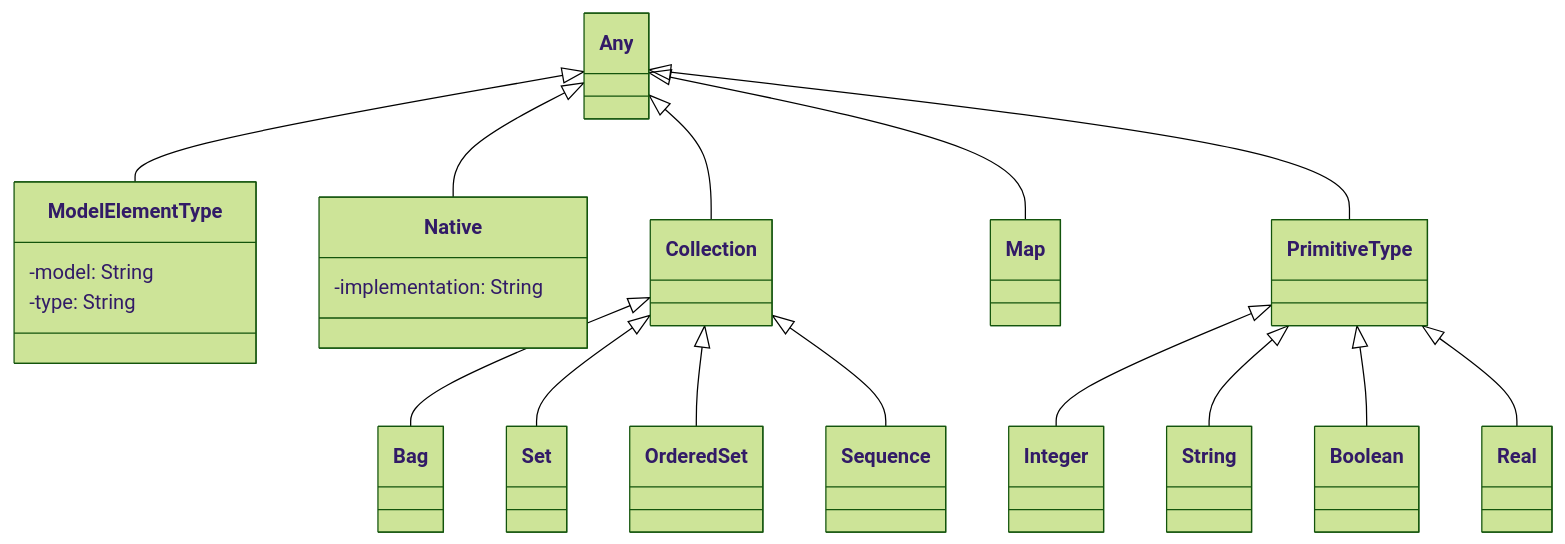
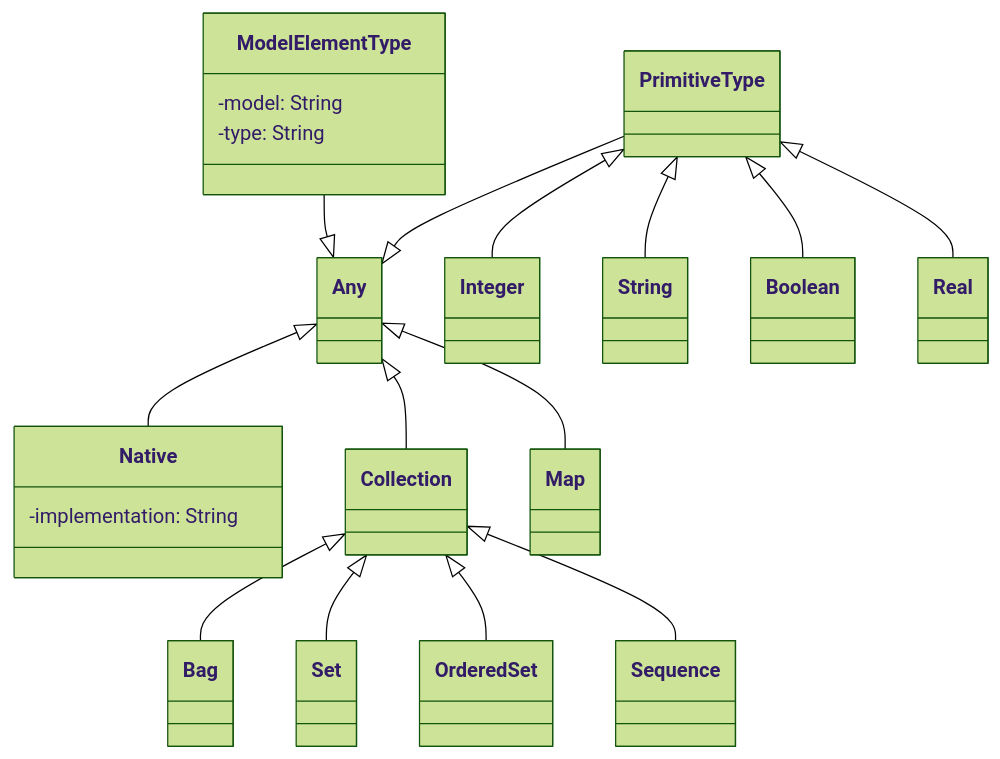
Before and after one commit to eclipse/epsilon-website: the second of 2 diagrams in n/mkdocs/docs/doc/eol.md, drawn with Mermaid (forest theme). The commit also changed other lines of this file and 9 other files, not shown here.

Commit message:
Fixed diagram sizes

````diff
--- a/n/mkdocs/docs/doc/eol.md
+++ b/n/mkdocs/docs/doc/eol.md
@@ -164,24 +170,24 @@
 ```mermaid
 classDiagram
 class ModelElementType {
   -model: String
   -type: String
 }
 class Native {
   -implementation: String
 }
-Any <|-- ModelElementType
+ModelElementType --|> Any
 Any <|-- Native
 Any <|-- Collection
 Any <|-- Map
 Collection <|-- Bag
 Collection <|-- Set
 Collection <|-- OrderedSet
 Collection <|-- Sequence
-Any <|-- PrimitiveType
+PrimitiveType --|> Any
 PrimitiveType <|-- Integer
 PrimitiveType <|-- String
 PrimitiveType <|-- Boolean
 PrimitiveType <|-- Real
 
 ```
````
